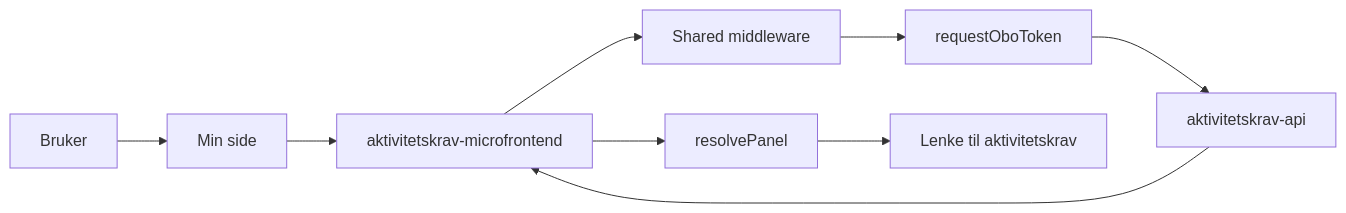
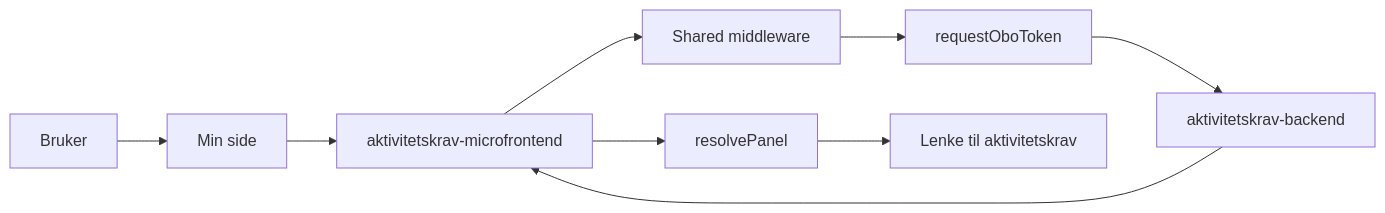
One commit to navikt/esyfo-microfrontends changed the diagram in docs/architecture-aktivitetskrav.md. Above: the diagram before and after it, drawn with Mermaid. The commit also changed other lines of this file and 2 other files, not shown here.

Commit message:
docs(aktivitetskrav): align backend naming
Rename the aktivitetskrav backend references to aktivitetskrav-backend in docs and local defaults, and fix the local client ID accordingly.

Refs #30

````diff
--- a/docs/architecture-aktivitetskrav.md
+++ b/docs/architecture-aktivitetskrav.md
@@ -7,11 +7,11 @@
 ```mermaid
 flowchart LR
   U[Bruker] --> M[Min side]
   M --> A[aktivitetskrav-microfrontend]
   A --> MW[Shared middleware]
   MW --> OBO[requestOboToken]
-  OBO --> API[aktivitetskrav-api]
+  OBO --> API[aktivitetskrav-backend]
   API --> A
   A --> P[resolvePanel]
   P --> L[Lenke til aktivitetskrav]
 ```
````
